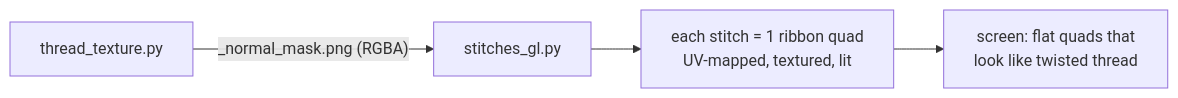
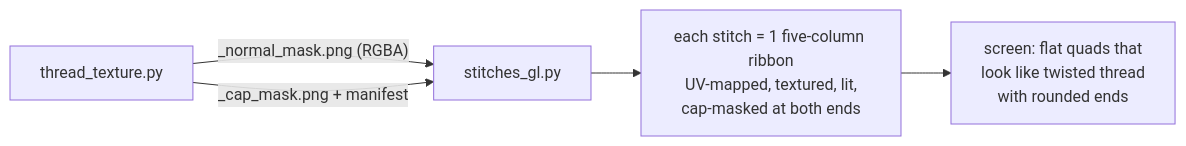
The first of 2 diagrams in scripts/texture/thread_texture-explained.md (Oorteo/inksim), drawn with Mermaid before and after one commit. The commit also changed other lines of this file and 1 other file, not shown here.

First line of the commit message:
Document the end-cap mask pipeline in texture docs

````diff
--- a/scripts/texture/thread_texture-explained.md
+++ b/scripts/texture/thread_texture-explained.md
@@ -19,6 +19,7 @@
 ```mermaid
 flowchart LR
     A[thread_texture.py] -->|"_normal_mask.png (RGBA)"| B[stitches_gl.py]
-    B --> C["each stitch = 1 ribbon quad<br/>UV-mapped, textured, lit"]
-    C --> D["screen: flat quads that<br/>look like twisted thread"]
+    A -->|"_cap_mask.png + manifest"| B
+    B --> C["each stitch = 1 five-column ribbon<br/>UV-mapped, textured, lit,<br/>cap-masked at both ends"]
+    C --> D["screen: flat quads that<br/>look like twisted thread<br/>with rounded ends"]
 ```
````
